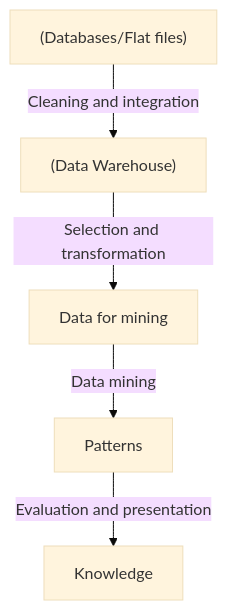
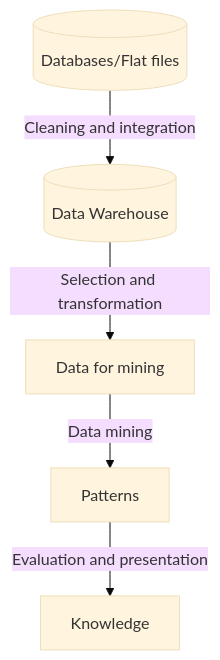
Before and after one commit to DeepLumiere/DeepSkills: the second of 4 diagrams in notes/data_analysis/Chapter2_Types_of_Data.md, drawn with Mermaid (base theme). The commit also changed other lines of this file and 171 other files, not shown here.

````diff
--- a/notes/data_analysis/Chapter2_Types_of_Data.md
+++ b/notes/data_analysis/Chapter2_Types_of_Data.md
@@ -80,7 +80,7 @@
 ```mermaid
 flowchart TD
-    DB["(Databases/Flat files)"] --> |Cleaning and integration| DW["(Data Warehouse)"]
-    DW --> |Selection and transformation| DM_Data["Data for mining"]
-    DM_Data --> |Data mining| Pat["Patterns"]
-    Pat --> |Evaluation and presentation| Know["Knowledge"]
+    DB[(Databases/Flat files)] --> |Cleaning and integration| DW[(Data Warehouse)]
+    DW --> |Selection and transformation| DM_Data[Data for mining]
+    DM_Data --> |Data mining| Pat[Patterns]
+    Pat --> |Evaluation and presentation| Know[Knowledge]
 ```
````
